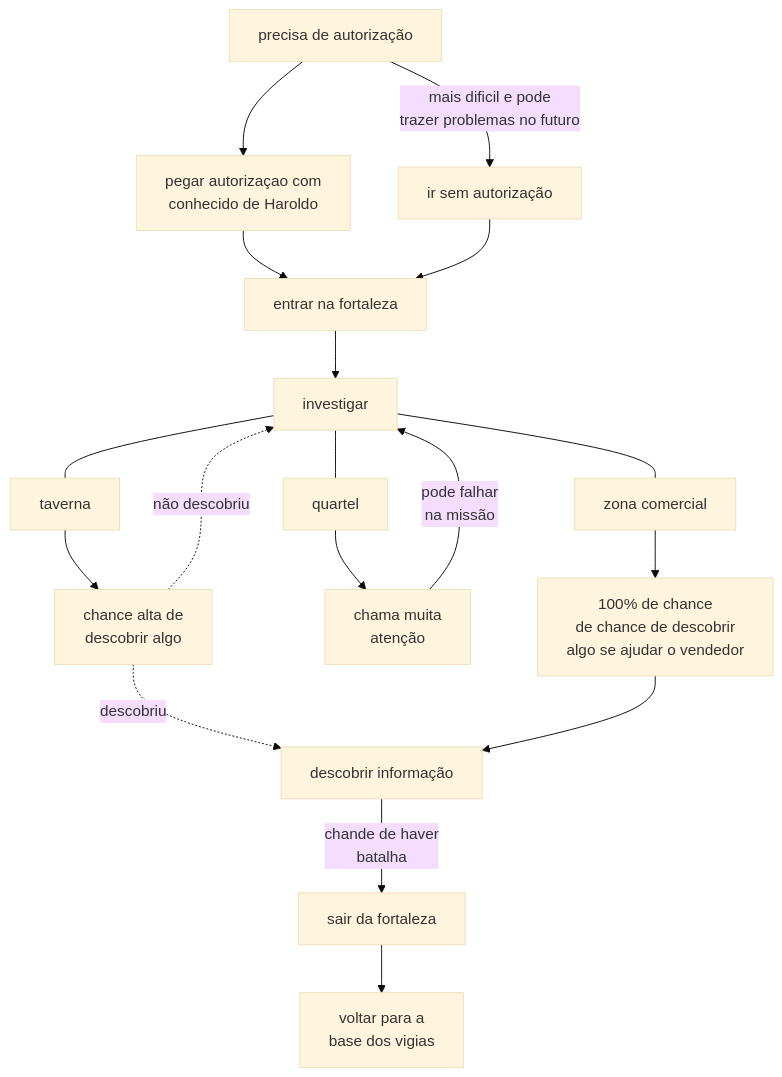
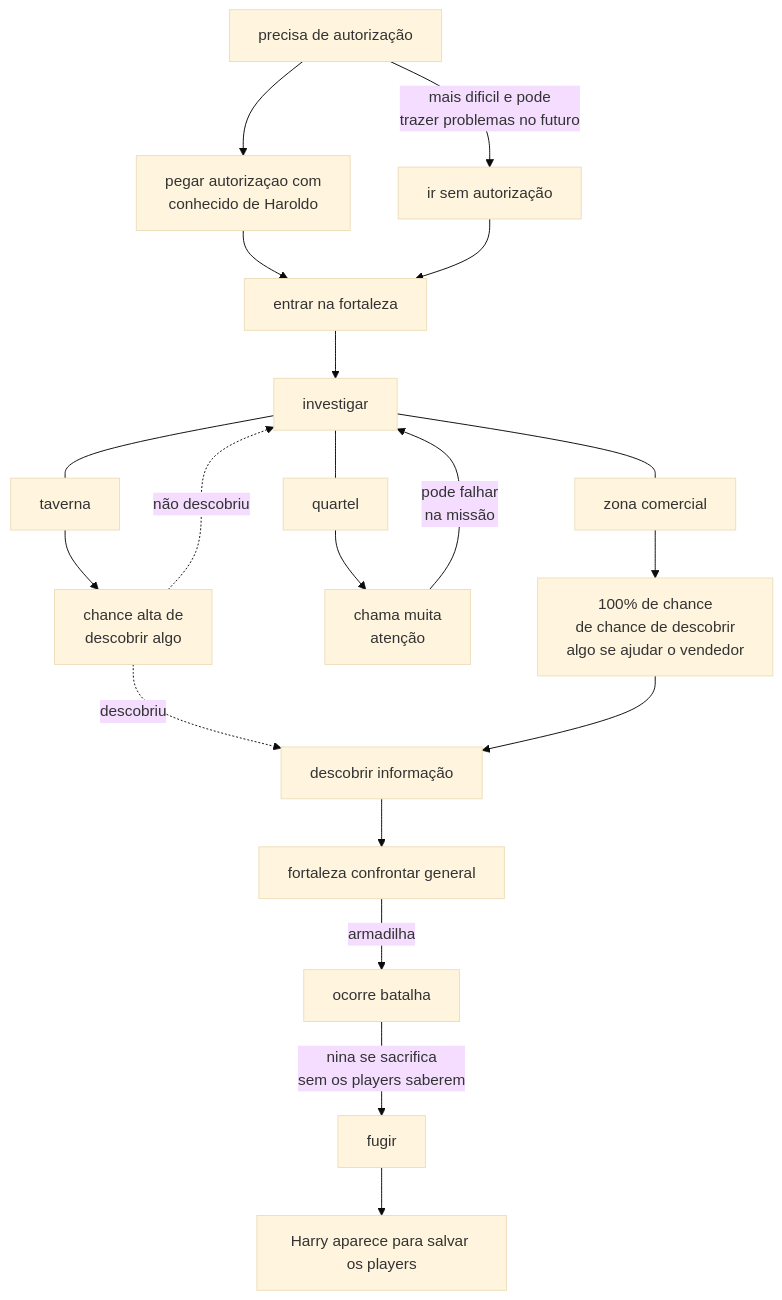
Before and after one commit to williampassosmarques/reliquias-rebuild: the diagram in extra/planejamento/sessao-2/fortaleza-azul.md, drawn with Mermaid (base theme). The commit also changed 36 other files, not shown here.

````diff
--- a/extra/planejamento/sessao-2/fortaleza-azul.md
+++ b/extra/planejamento/sessao-2/fortaleza-azul.md
@@ -1,14 +1,16 @@
 ```mermaid
 flowchart TB
 A[precisa de autorização]-->B[pegar autorizaçao com<br> conhecido de Haroldo]
 A-->|mais dificil e pode<br> trazer problemas no futuro|C[ir sem autorização]
 B-->D[entrar na fortaleza]
 C-->D
 D-->E[investigar]---id1[taverna] & id2[quartel] & id3[zona comercial]
 id1-->id1a[chance alta de<br> descobrir algo]-.->|não descobriu| E
 id2-->id2a[chama muita<br> atenção]-->| pode falhar<br> na missão| E
 id3-->id3a[100% de chance<br> de chance de descobrir<br> algo se ajudar o vendedor]
 id1a -.->|descobriu| F[descobrir informação]
 id3a --> F
-F-->|chande de haver<br> batalha| G[sair da fortaleza]-->H[voltar para a<br> base dos vigias]
+F-->G[fortaleza confrontar general]-->|armadilha|H[ocorre batalha]
+H-->|nina se sacrifica<br/> sem os players saberem|I[fugir]
+I-->J[Harry aparece para salvar os players]
 ```
````
